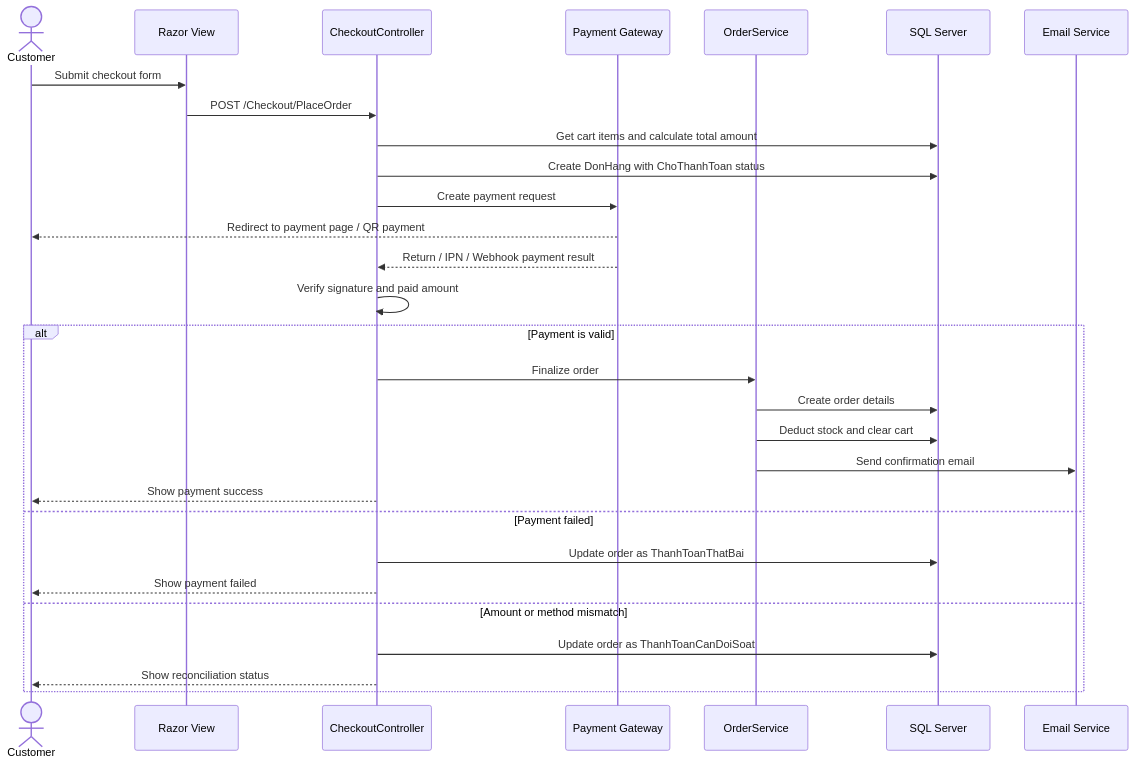
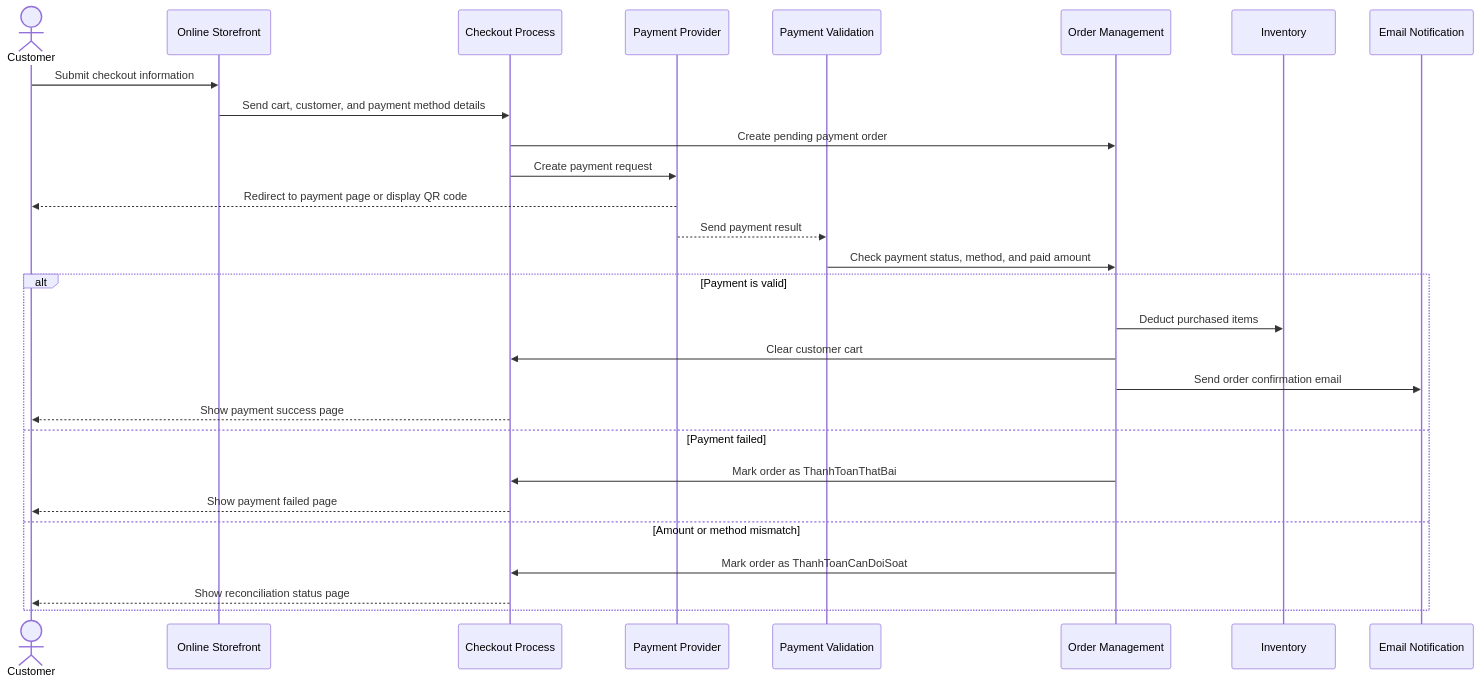
The fourth of 7 diagrams in README.md (ngxuanvan/ReSip-Multi-Payment-E-Commerce), drawn with Mermaid before and after one commit. The commit also changed other lines of this file, not shown here.

Commit message:
docs: refine README diagrams for BA perspective

````diff
--- a/README.md
+++ b/README.md
@@ -135,33 +134,32 @@
 ```mermaid
 sequenceDiagram
     actor Customer
-    participant View as Razor View
-    participant Checkout as CheckoutController
-    participant Gateway as Payment Gateway
-    participant OrderSvc as OrderService
-    participant DB as SQL Server
-    participant Email as Email Service
+    participant Storefront as Online Storefront
+    participant Checkout as Checkout Process
+    participant Payment as Payment Provider
+    participant Validation as Payment Validation
+    participant Order as Order Management
+    participant Inventory as Inventory
+    participant Notification as Email Notification
 
-    Customer->>View: Submit checkout form
-    View->>Checkout: POST /Checkout/PlaceOrder
-    Checkout->>DB: Get cart items and calculate total amount
-    Checkout->>DB: Create DonHang with ChoThanhToan status
-    Checkout->>Gateway: Create payment request
-    Gateway-->>Customer: Redirect to payment page / QR payment
-    Gateway-->>Checkout: Return / IPN / Webhook payment result
-    Checkout->>Checkout: Verify signature and paid amount
+    Customer->>Storefront: Submit checkout information
+    Storefront->>Checkout: Send cart, customer, and payment method details
+    Checkout->>Order: Create pending payment order
+    Checkout->>Payment: Create payment request
+    Payment-->>Customer: Redirect to payment page or display QR code
+    Payment-->>Validation: Send payment result
+    Validation->>Order: Check payment status, method, and paid amount
 
     alt Payment is valid
-        Checkout->>OrderSvc: Finalize order
-        OrderSvc->>DB: Create order details
-        OrderSvc->>DB: Deduct stock and clear cart
-        OrderSvc->>Email: Send confirmation email
-        Checkout-->>Customer: Show payment success
+        Order->>Inventory: Deduct purchased items
+        Order->>Checkout: Clear customer cart
+        Order->>Notification: Send order confirmation email
+        Checkout-->>Customer: Show payment success page
     else Payment failed
-        Checkout->>DB: Update order as ThanhToanThatBai
-        Checkout-->>Customer: Show payment failed
+        Order->>Checkout: Mark order as ThanhToanThatBai
+        Checkout-->>Customer: Show payment failed page
     else Amount or method mismatch
-        Checkout->>DB: Update order as ThanhToanCanDoiSoat
-        Checkout-->>Customer: Show reconciliation status
+        Order->>Checkout: Mark order as ThanhToanCanDoiSoat
+        Checkout-->>Customer: Show reconciliation status page
     end
 ```
````
